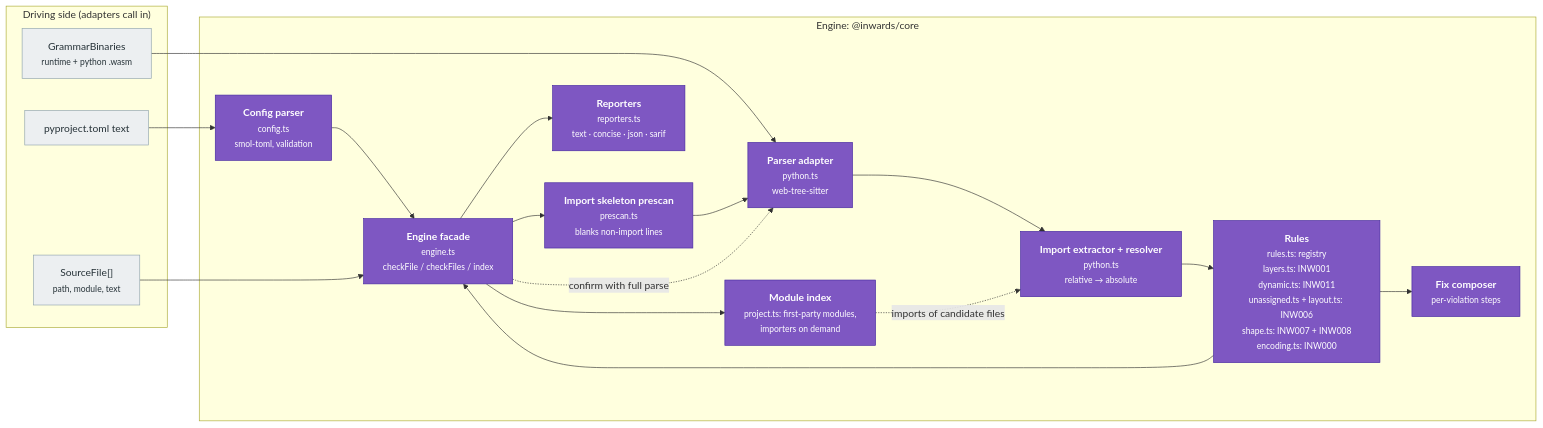
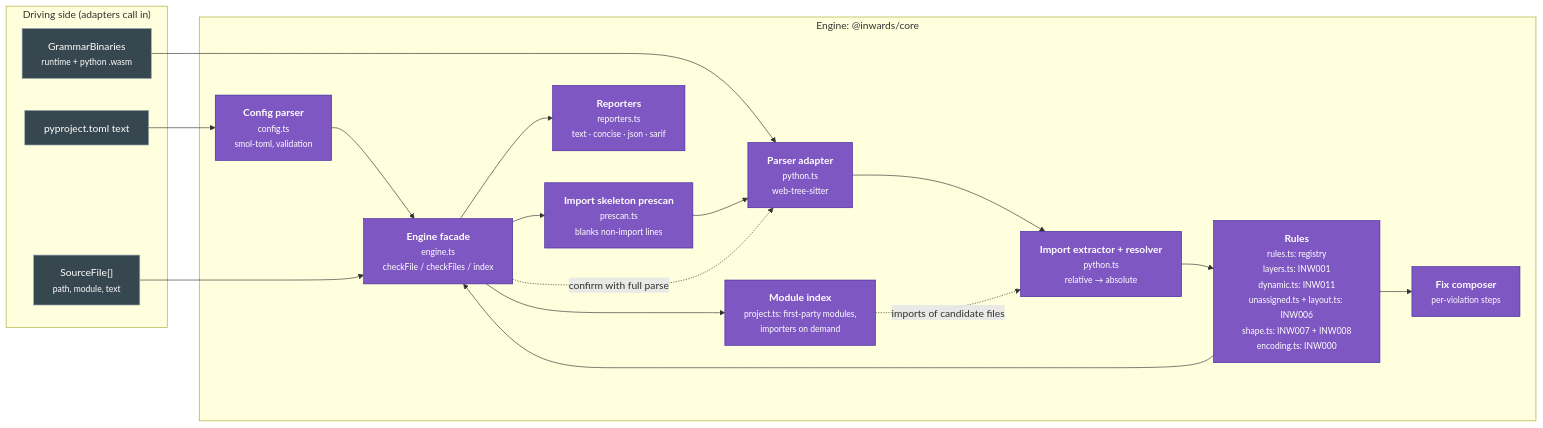
Before and after one commit to SirCypkowskyy/inwards: the third of 6 diagrams in docs/chapters/03-Architecture-C4.md, drawn with Mermaid. The commit also changed other lines of this file and 9 other files, not shown here.

````diff
--- a/docs/chapters/03-Architecture-C4.md
+++ b/docs/chapters/03-Architecture-C4.md
@@ -112,37 +112,37 @@
 ```mermaid
 flowchart LR
     subgraph driving["Driving side (adapters call in)"]
         files["SourceFile[]<br/><small>path, module, text</small>"]
         cfgtext["pyproject.toml text"]
         wasm["GrammarBinaries<br/><small>runtime + python .wasm</small>"]
     end
 
     subgraph enginebox["Engine: @inwards/core"]
         config["<b>Config parser</b><br/><small>config.ts<br/>smol-toml, validation</small>"]
         pre["<b>Import skeleton prescan</b><br/><small>prescan.ts<br/>blanks non-import lines</small>"]
         parser["<b>Parser adapter</b><br/><small>python.ts<br/>web-tree-sitter</small>"]
         extract["<b>Import extractor + resolver</b><br/><small>python.ts<br/>relative → absolute</small>"]
         rules["<b>Rules</b><br/><small>rules.ts: registry<br/>layers.ts: INW001<br/>dynamic.ts: INW011<br/>unassigned.ts + layout.ts: INW006<br/>shape.ts: INW007 + INW008<br/>encoding.ts: INW000</small>"]
         fix["<b>Fix composer</b><br/><small>per-violation steps</small>"]
         report["<b>Reporters</b><br/><small>reporters.ts<br/>text · concise · json · sarif</small>"]
         engine["<b>Engine facade</b><br/><small>engine.ts<br/>checkFile / checkFiles / index</small>"]
         modgraph["<b>Module index</b><br/><small>project.ts: first-party modules,<br/>importers on demand</small>"]
     end
 
     cfgtext --> config --> engine
     wasm --> parser
     files --> engine
     engine --> pre --> parser --> extract --> rules
     rules --> fix
     rules --> engine
     engine -. "confirm with full parse" .-> parser
     engine --> modgraph
     modgraph -. "imports of candidate files" .-> extract
     engine --> report
 
     classDef comp fill:#7e57c2,color:#fff,stroke:#4527a0
-    classDef planned fill:#ede7f6,color:#4527a0,stroke:#7e57c2,stroke-dasharray:5 5
-    classDef port fill:#eceff1,color:#263238,stroke:#90a4ae
+    classDef planned fill:#4527a0,color:#fff,stroke:#7e57c2,stroke-dasharray:5 5
+    classDef port fill:#37474f,color:#fff,stroke:#90a4ae
     class config,pre,parser,extract,rules,fix,report,engine,modgraph comp
     class files,cfgtext,wasm port
 ```
````
